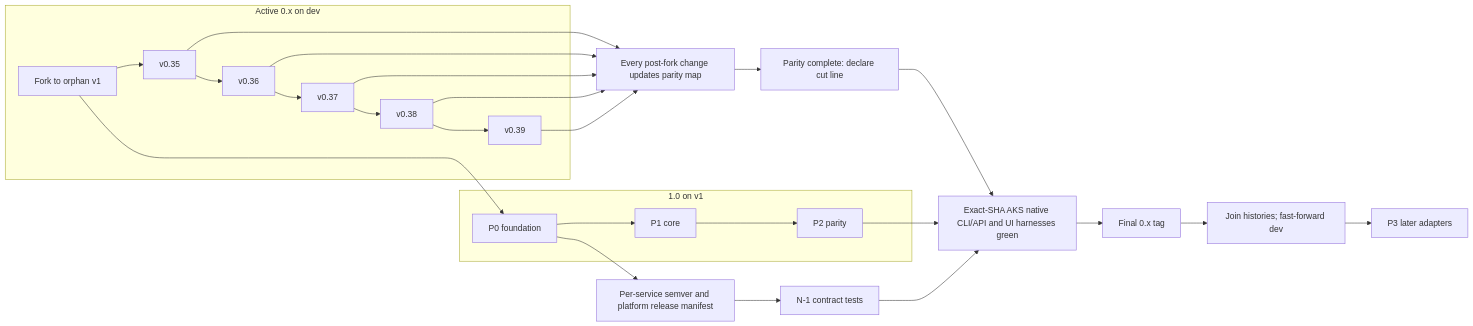
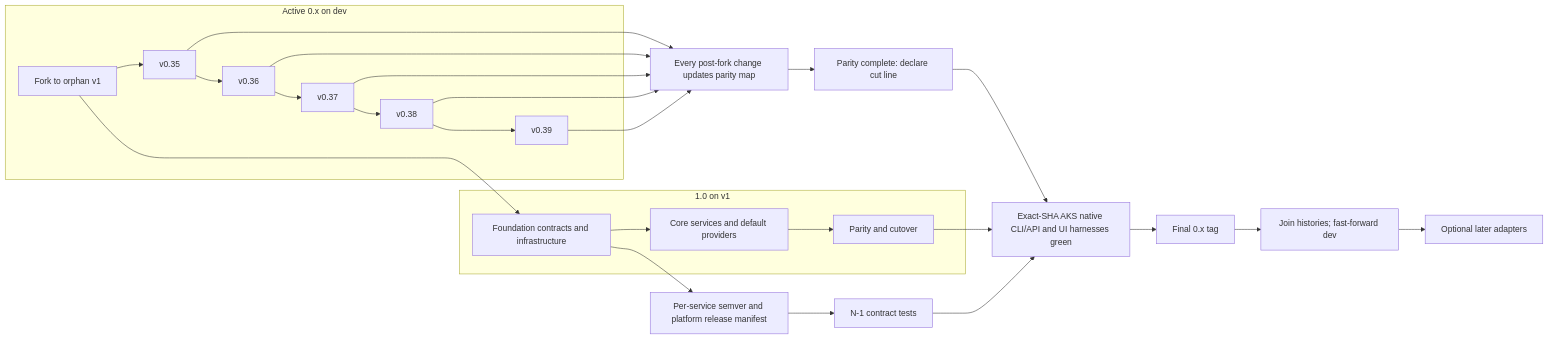
One commit to sabbour/agentweaver changed the third of 3 diagrams in docs/architecture/decisions/0001-platform-architecture.md. Above: the diagram before and after it, drawn with Mermaid. The commit also changed other lines of this file and 11 other files, not shown here.

````diff
--- a/docs/architecture/decisions/0001-platform-architecture.md
+++ b/docs/architecture/decisions/0001-platform-architecture.md
@@ -296,24 +296,24 @@
 ```mermaid
 flowchart LR
     subgraph Legacy["Active 0.x on dev"]
         Fork["Fork to orphan v1"] --> V35["v0.35"] --> V36["v0.36"] --> V37["v0.37"] --> V38["v0.38"] --> V39["v0.39"]
     end
     subgraph New["1.0 on v1"]
-        P0["P0 foundation"] --> P1["P1 core"] --> P2["P2 parity"]
+        P0["Foundation contracts and infrastructure"] --> P1["Core services and default providers"] --> P2["Parity and cutover"]
     end
     Fork --> P0
     V35 --> Parity["Every post-fork change updates parity map"]
     V36 --> Parity
     V37 --> Parity
     V38 --> Parity
     V39 --> Parity
     P0 --> Release["Per-service semver and platform release manifest"]
     Release --> Contracts["N-1 contract tests"]
     Parity --> CutLine["Parity complete: declare cut line"]
     CutLine --> Gate["Exact-SHA AKS native CLI/API and UI harnesses green"]
     P2 --> Gate
     Contracts --> Gate
     Gate --> Tag["Final 0.x tag"]
     Tag --> Cutover["Join histories; fast-forward dev"]
-    Cutover --> P3["P3 later adapters"]
+    Cutover --> P3["Optional later adapters"]
 ```
````
